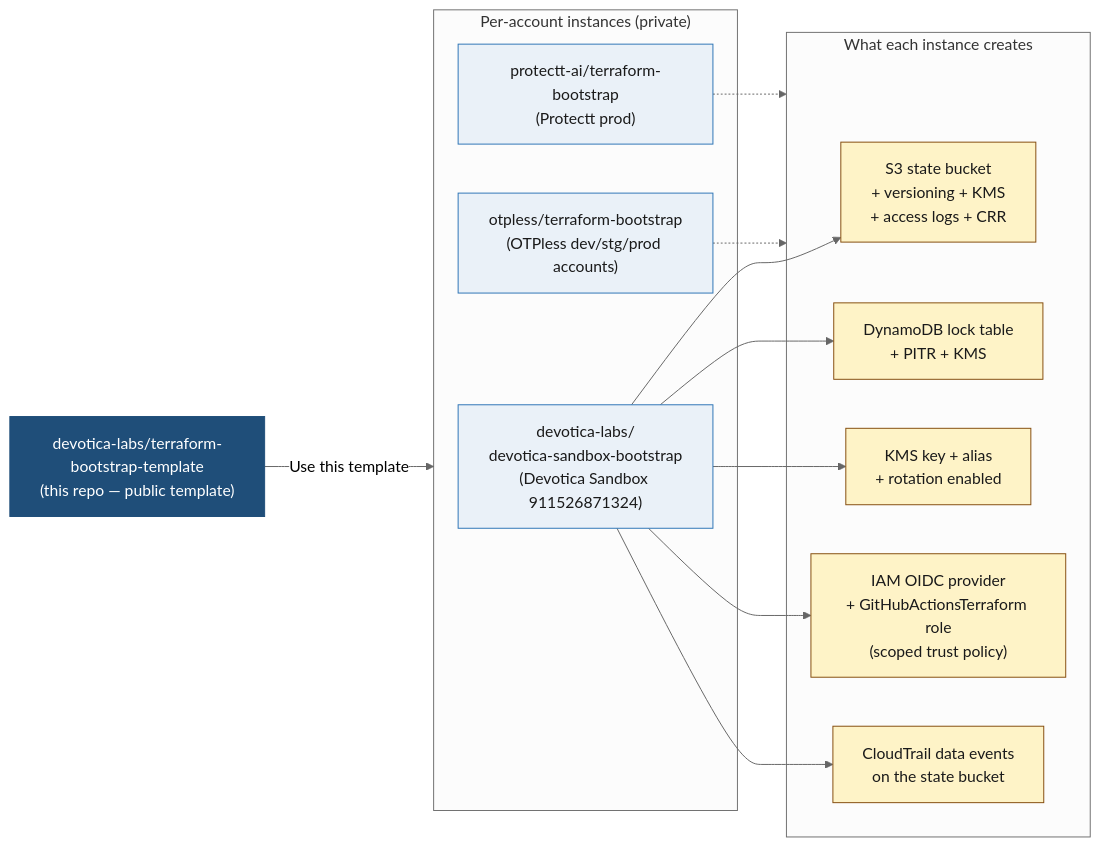
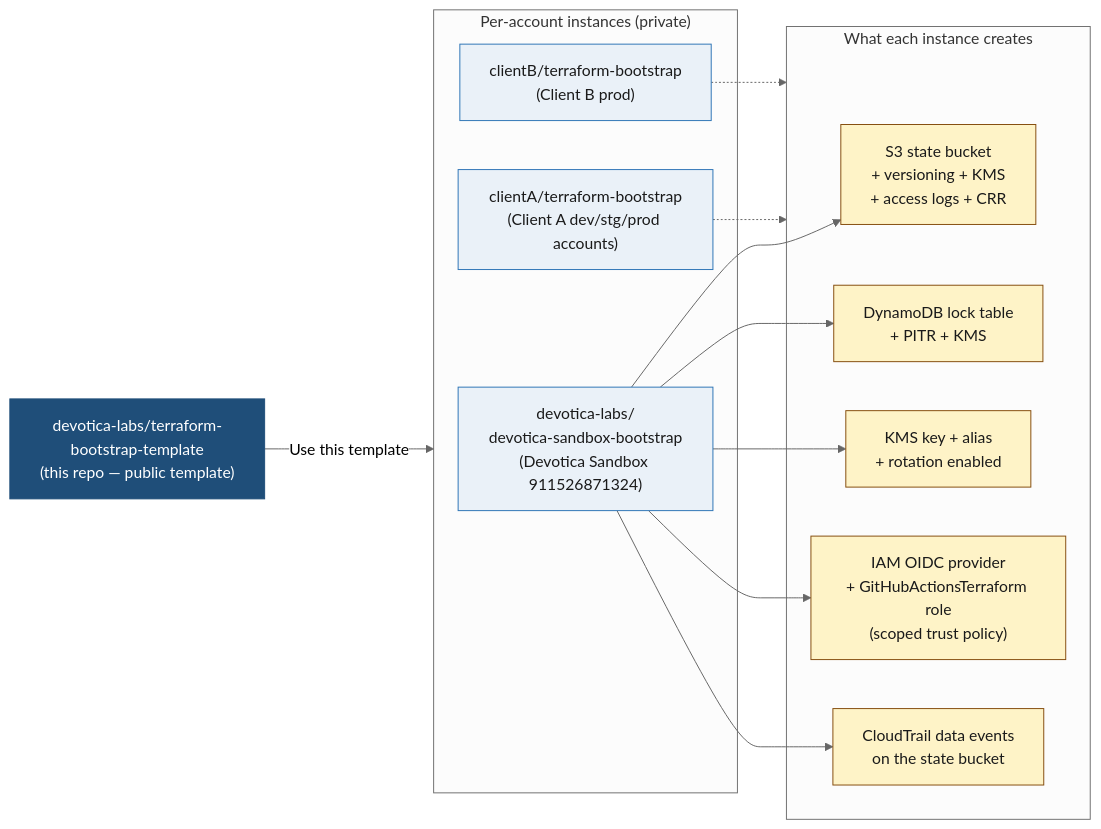
The diagram in README.md (devotica-labs/terraform-bootstrap-template), drawn with Mermaid (neutral theme) before and after one commit. The commit also changed other lines of this file and 2 other files, not shown here.

Commit message:
client reference

````diff
--- a/README.md
+++ b/README.md
@@ -11,34 +11,34 @@
 ```mermaid
 flowchart LR
     TPL["devotica-labs/terraform-bootstrap-template<br/>(this repo — public template)"]
 
     subgraph Inst["Per-account instances (private)"]
         SBX["devotica-labs/<br/>devotica-sandbox-bootstrap<br/>(Devotica Sandbox 911526871324)"]
-        OTP["otpless/terraform-bootstrap<br/>(OTPless dev/stg/prod accounts)"]
-        PRT["protectt-ai/terraform-bootstrap<br/>(Protectt prod)"]
+        CA["clientA/terraform-bootstrap<br/>(Client A dev/stg/prod accounts)"]
+        CB["clientB/terraform-bootstrap<br/>(Client B prod)"]
     end
 
     subgraph AWS["What each instance creates"]
         S3["S3 state bucket<br/>+ versioning + KMS<br/>+ access logs + CRR"]
         DDB["DynamoDB lock table<br/>+ PITR + KMS"]
         KMS["KMS key + alias<br/>+ rotation enabled"]
         OIDC["IAM OIDC provider<br/>+ GitHubActionsTerraform role<br/>(scoped trust policy)"]
         CT["CloudTrail data events<br/>on the state bucket"]
     end
 
     TPL -->|Use this template| Inst
     SBX --> S3
     SBX --> DDB
     SBX --> KMS
     SBX --> OIDC
     SBX --> CT
-    OTP -.-> AWS
-    PRT -.-> AWS
+    CA -.-> AWS
+    CB -.-> AWS
 
     classDef tpl fill:#1F4E79,color:#fff,stroke:#1F4E79;
     classDef inst fill:#eaf1f8,color:#1a1a1a,stroke:#2E75B6;
     classDef aws fill:#fef3c7,color:#1a1a1a,stroke:#854d0e;
     class TPL tpl;
-    class SBX,OTP,PRT inst;
+    class SBX,CA,CB inst;
     class S3,DDB,KMS,OIDC,CT aws;
 ```
````
